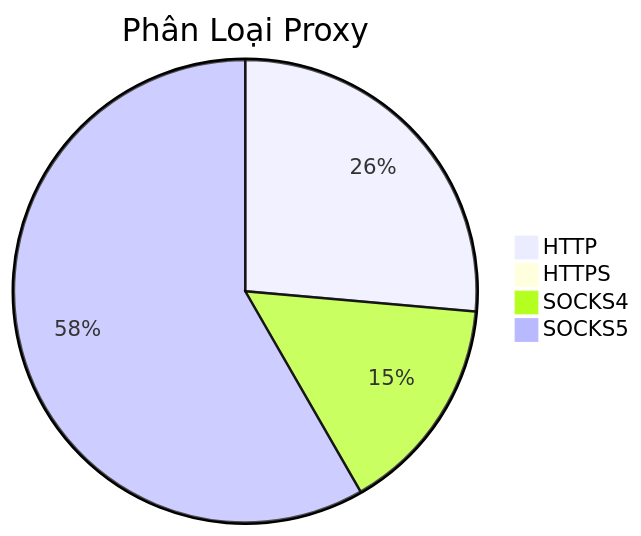
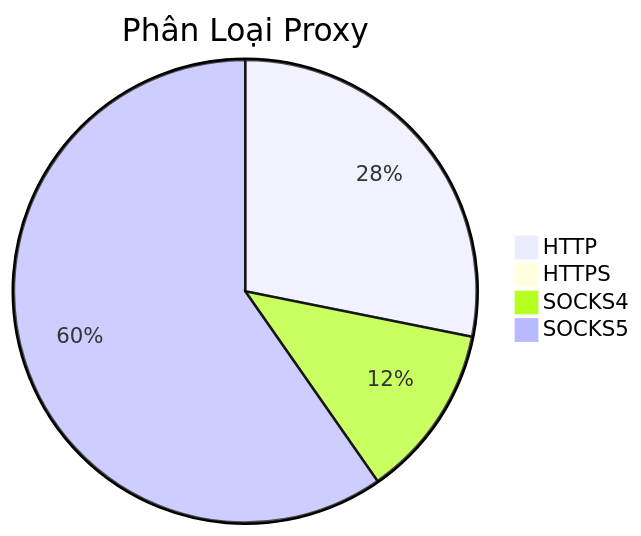
The diagram in README.md (Ciara-12/PROXY-free), drawn with Mermaid before and after one commit. The commit also changed other lines of this file and 3 other files, not shown here.

````diff
--- a/README.md
+++ b/README.md
@@ -26,7 +26,7 @@
 ```mermaid
 pie title Phân Loại Proxy
-    "HTTP" : 297
+    "HTTP" : 417
     "HTTPS" : 1
-    "SOCKS4" : 172
-    "SOCKS5" : 656
+    "SOCKS4" : 180
+    "SOCKS5" : 884
 ```
````
